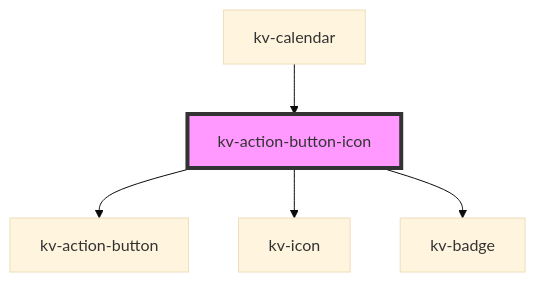
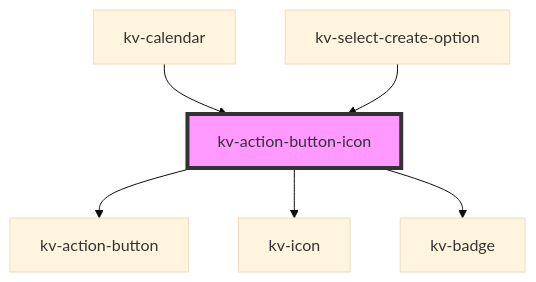
The diagram in packages/ui-components/src/components/action-button-icon/readme.md (kelvininc/ui-components), drawn with Mermaid (base theme) before and after one commit. The commit also changed other lines of this file and 31 other files, not shown here.

Commit message:
feat(select): add create new option

````diff
--- a/packages/ui-components/src/components/action-button-icon/readme.md
+++ b/packages/ui-components/src/components/action-button-icon/readme.md
@@ -121,8 +122,9 @@
 ```mermaid
 graph TD;
   kv-action-button-icon --> kv-action-button
   kv-action-button-icon --> kv-icon
   kv-action-button-icon --> kv-badge
   kv-calendar --> kv-action-button-icon
+  kv-select-create-option --> kv-action-button-icon
   style kv-action-button-icon fill:#f9f,stroke:#333,stroke-width:4px
 ```
````
